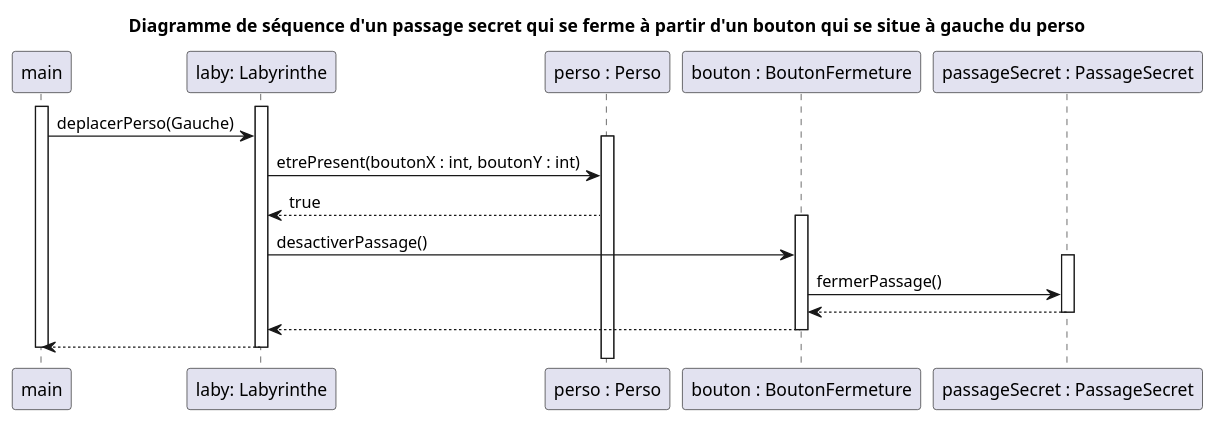
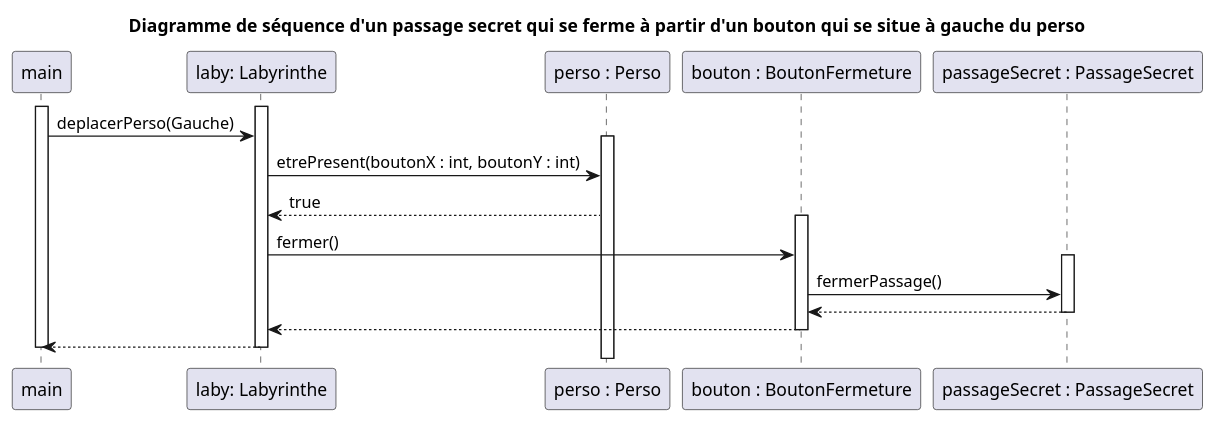
The diagram in documents/version_3/diagSeq_fermeturePassageSecret.puml (Zhi-Sheng-Trieu/2022_Zeldiablo_Doan_Oudin_Trieu_Noel), drawn with PlantUML before and after one commit. The commit also changed 1 other file, not shown here.

Commit message:
Correction diagramme v3

```diff
--- a/documents/version_3/diagSeq_fermeturePassageSecret.puml
+++ b/documents/version_3/diagSeq_fermeturePassageSecret.puml
@@ -1,29 +1,29 @@
 @startuml
 'https://plantuml.com/sequence-diagram
 
 title Diagramme de séquence d'un passage secret qui se ferme à partir d'un bouton qui se situe à gauche du perso
 
 participant "main" as main
 participant "laby: Labyrinthe" as laby
 participant "perso : Perso" as perso
 participant "bouton : BoutonFermeture" as bouton
 participant "passageSecret : PassageSecret" as passageSecret
 
 activate main
     activate laby
         main -> laby : deplacerPerso(Gauche)
         activate perso
         laby -> perso : etrePresent(boutonX : int, boutonY : int)
         perso --> laby : true
         activate bouton
-        laby -> bouton : desactiverPassage()
+        laby -> bouton : fermer()
         activate passageSecret
             bouton -> passageSecret : fermerPassage()
             passageSecret --> bouton
         deactivate passageSecret
         bouton --> laby
         deactivate bouton
         laby --> main
     deactivate laby
 deactivate main
 @enduml
```
